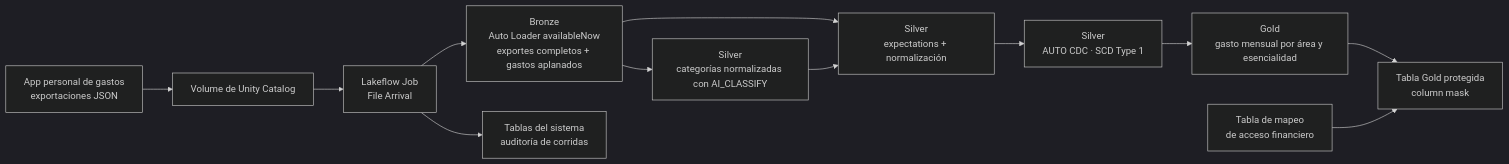
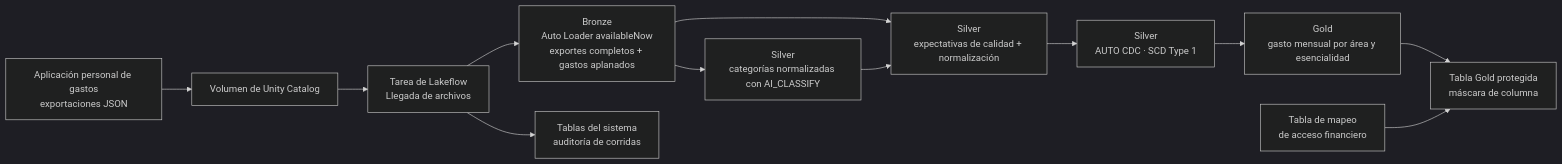
Before and after one commit to alkztro-95/penny_lake: the diagram in README.md, drawn with Mermaid (dark theme). The commit also changed other lines of this file, not shown here.

````diff
--- a/README.md
+++ b/README.md
@@ -17,14 +17,14 @@
 ```mermaid
 flowchart LR
-  App["App personal de gastos<br/>exportaciones JSON"] --> Volume["Volume de Unity Catalog"]
-  Volume --> Job["Lakeflow Job<br/>File Arrival"]
+  App["Aplicación personal de gastos<br/>exportaciones JSON"] --> Volume["Volumen de Unity Catalog"]
+  Volume --> Job["Tarea de Lakeflow<br/>Llegada de archivos"]
   Job --> Bronze["Bronze<br/>Auto Loader availableNow<br/>exportes completos + gastos aplanados"]
   Bronze --> Categories["Silver<br/>categorías normalizadas con AI_CLASSIFY"]
-  Bronze --> Clean["Silver<br/>expectations + normalización"]
+  Bronze --> Clean["Silver<br/>expectativas de calidad + normalización"]
   Categories --> Clean
   Clean --> Current["Silver<br/>AUTO CDC · SCD Type 1"]
   Current --> Gold["Gold<br/>gasto mensual por área y esencialidad"]
-  Gold --> Reader["Tabla Gold protegida<br/>column mask"]
+  Gold --> Reader["Tabla Gold protegida<br/>máscara de columna"]
   Mapping["Tabla de mapeo<br/>de acceso financiero"] --> Reader
   Job --> SystemTables["Tablas del sistema<br/>auditoría de corridas"]
 ```
````
